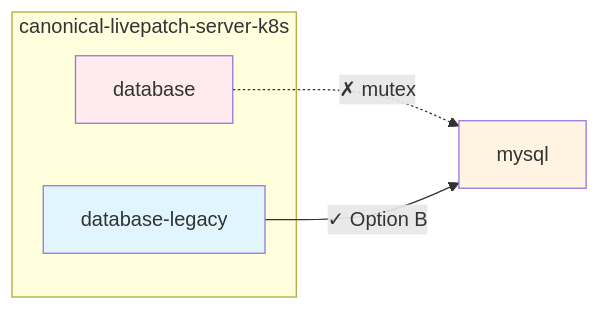
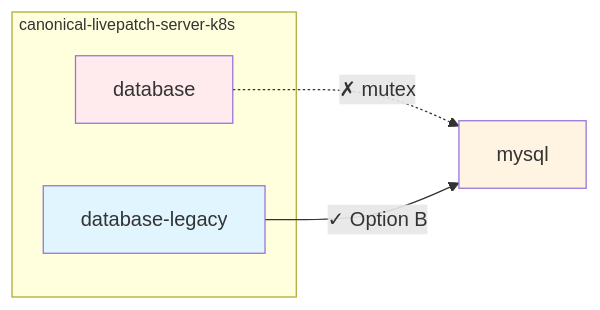
Before and after one commit to canonical/charm-integration-testing: the sixth of 19 diagrams in docs/reference/charm-deployment-constraints.rst, drawn with Mermaid.

```diff
--- a/docs/reference/charm-deployment-constraints.rst
+++ b/docs/reference/charm-deployment-constraints.rst
@@ -138,16 +138,17 @@
 .. mermaid::
 
    graph LR
        subgraph livepatch[canonical-livepatch-server-k8s]
            database[database]
            database-legacy[database-legacy]
        end
        
        mysql[mysql]
        
        database -.->|✗ mutex| mysql
        database-legacy -->|✓ Option B| mysql
        
+       style livepatch font-size:80%
        style database fill:#ffebee
        style database-legacy fill:#e1f5ff
        style mysql fill:#fff4e1
```
